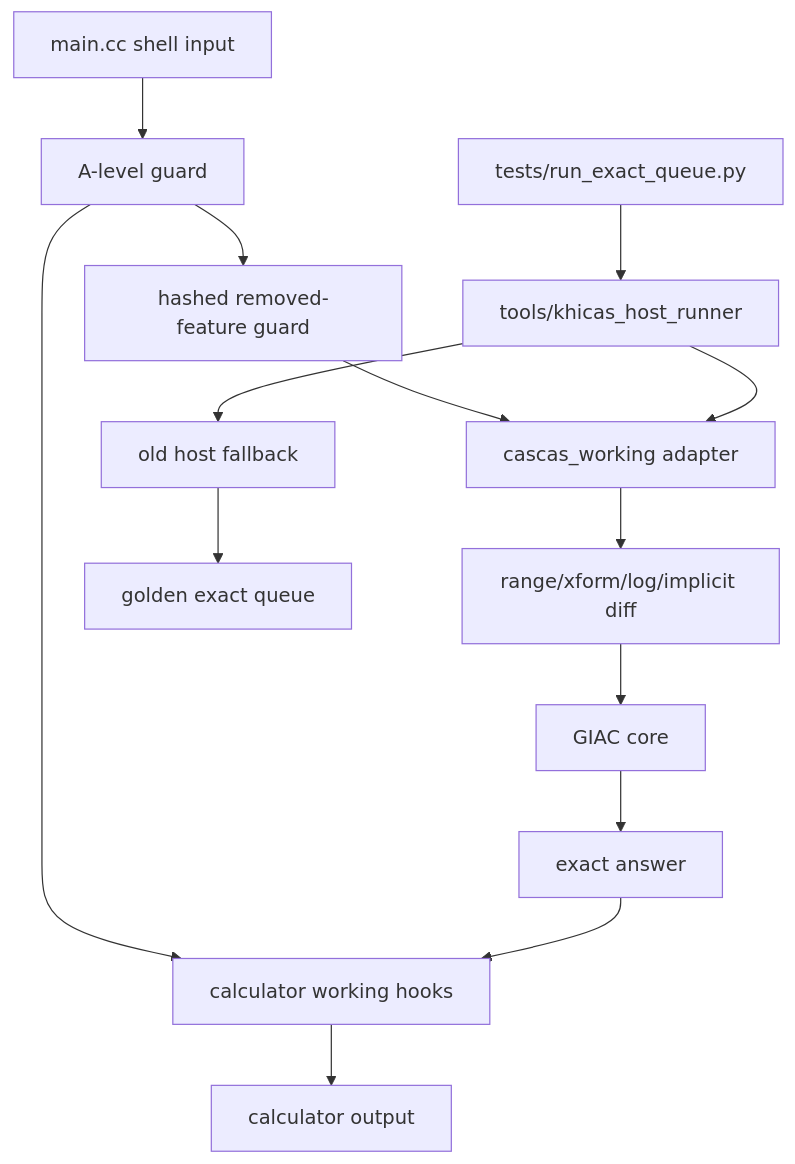
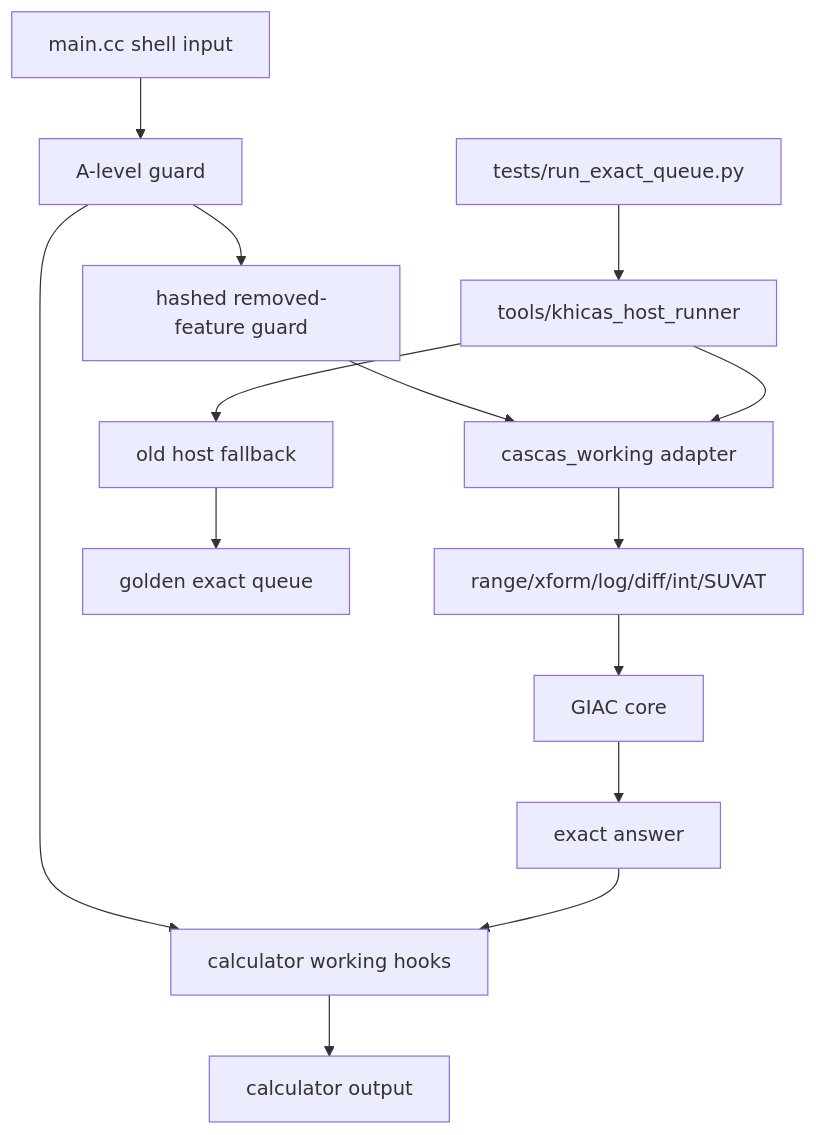
Before and after one commit to james8464/notes-addin-casio-fx-cg50: the second of 7 diagrams in docs/GRAPH.md, drawn with Mermaid. The commit also changed other lines of this file and 8 other files, not shown here.

````diff
--- a/docs/GRAPH.md
+++ b/docs/GRAPH.md
@@ -25,16 +25,16 @@
 ```mermaid
 graph TD
   Input["main.cc shell input"] --> Guard["A-level guard"]
   Guard --> Hash["hashed removed-feature guard"]
   Hash --> Shared["cascas_working adapter"]
-  Shared --> Rewrite["range/xform/log/implicit diff"]
+  Shared --> Rewrite["range/xform/log/diff/int/SUVAT"]
   Rewrite --> Giac["GIAC core"]
   Giac --> Answer["exact answer"]
   Guard --> CalcWork["calculator working hooks"]
   HostIn["tests/run_exact_queue.py"] --> HostWrap["tools/khicas_host_runner"]
   HostWrap --> Shared
   HostWrap --> HostWork["old host fallback"]
   Answer --> CalcWork
   CalcWork --> Console["calculator output"]
   HostWork --> Exact["golden exact queue"]
 ```
````
